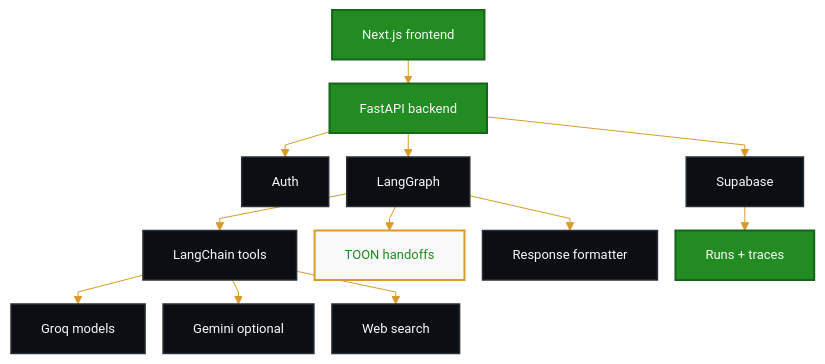
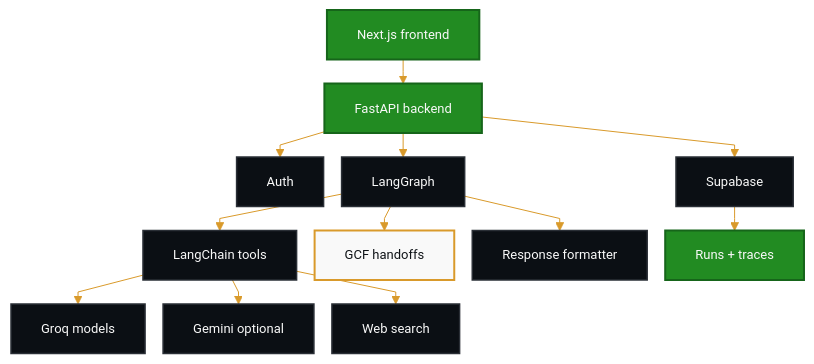
The ninth of 10 diagrams in docs/diagrams.md (Hassaan146/agentic-ai-workflow), drawn with Mermaid before and after one commit. The commit also changed other lines of this file and 18 other files, not shown here.

````diff
--- a/docs/diagrams.md
+++ b/docs/diagrams.md
@@ -269,23 +270,23 @@
 ```mermaid
-%%{init: {'theme': 'base', 'flowchart': {'nodeSpacing': 18, 'rankSpacing': 24, 'curve': 'linear'}, 'themeVariables': {'fontSize': '13px', 'primaryColor': '#228B22', 'primaryTextColor': '#F9F9F9', 'primaryBorderColor': '#16651A', 'lineColor': '#D99A2B', 'secondaryColor': '#F9F9F9', 'secondaryTextColor': '#228B22', 'secondaryBorderColor': '#D99A2B', 'tertiaryColor': '#0B0F14', 'tertiaryTextColor': '#F9F9F9', 'tertiaryBorderColor': '#2A2F36', 'background': '#070B10', 'mainBkg': '#228B22', 'secondBkg': '#F9F9F9', 'textColor': '#F9F9F9', 'edgeLabelBackground': '#F9F9F9'}}}%%
+%%{init: {"theme":"base","flowchart":{"nodeSpacing":18,"rankSpacing":24,"curve":"linear"},"themeVariables":{"fontSize":"13px","background":"#070B10","primaryColor":"#228B22","primaryTextColor":"#F9F9F9","primaryBorderColor":"#16651A","secondaryColor":"#F9F9F9","secondaryTextColor":"#101418","secondaryBorderColor":"#D99A2B","tertiaryColor":"#0B0F14","tertiaryTextColor":"#F9F9F9","tertiaryBorderColor":"#2A2F36","lineColor":"#D99A2B","textColor":"#F9F9F9","edgeLabelBackground":"#0B0F14"}}}%%
 flowchart TD
     A["Next.js frontend"] --> B["FastAPI backend"]
     B --> C["Auth"]
     B --> D["Supabase"]
     B --> E["LangGraph"]
     E --> F["LangChain tools"]
     F --> G["Groq models"]
     F --> H["Gemini optional"]
     F --> I["Web search"]
-    E --> J["TOON handoffs"]
+    E --> J["GCF handoffs"]
     E --> K["Response formatter"]
     D --> L["Runs + traces"]
 
     classDef primary fill:#228B22,stroke:#16651A,color:#F9F9F9,stroke-width:2px;
     classDef dark fill:#0B0F14,stroke:#2A2F36,color:#F9F9F9,stroke-width:1.5px;
-    classDef toon fill:#F9F9F9,stroke:#D99A2B,color:#228B22,stroke-width:2px;
-    classDef decision fill:#F9F9F9,stroke:#D99A2B,color:#228B22,stroke-width:2px;
+    classDef gcf fill:#F9F9F9,stroke:#D99A2B,color:#101418,stroke-width:2px;
+
     class A,B,L primary;
     class C,D,E,F,G,H,I,K dark;
-    class J toon;
+    class J gcf;
 ```
````
